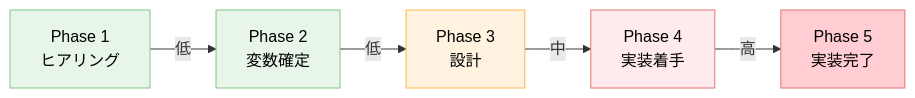
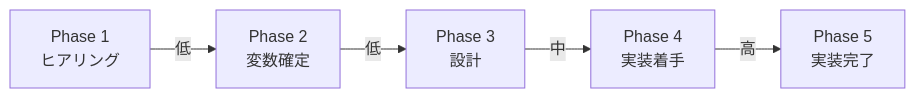
Before and after one commit to dinekt/dinekt-wiki: the second of 2 diagrams in docs/concepts/drift-detection-実装が意図から乖離する現象を検出する.md, drawn with Mermaid. The commit also changed other lines of this file and 70 other files, not shown here.

First line of the commit message:
fix(mermaid): strip all inline styling, rely on theme

````diff
--- a/docs/concepts/drift-detection-実装が意図から乖離する現象を検出する.md
+++ b/docs/concepts/drift-detection-実装が意図から乖離する現象を検出する.md
@@ -54,13 +51,8 @@
 ```mermaid
 flowchart LR
     P1[Phase 1<br/>ヒアリング] -->|低| P2[Phase 2<br/>変数確定]
     P2 -->|低| P3[Phase 3<br/>設計]
     P3 -->|中| P4[Phase 4<br/>実装着手]
     P4 -->|高| P5[Phase 5<br/>実装完了]
 
-    style P1 fill:#e8f5e9,stroke:#81c784,color:#000
-    style P2 fill:#e8f5e9,stroke:#81c784,color:#000
-    style P3 fill:#fff3e0,stroke:#ffb74d,color:#000
-    style P4 fill:#ffebee,stroke:#e57373,color:#000
-    style P5 fill:#ffcdd2,stroke:#e57373,color:#000
 ```
````
